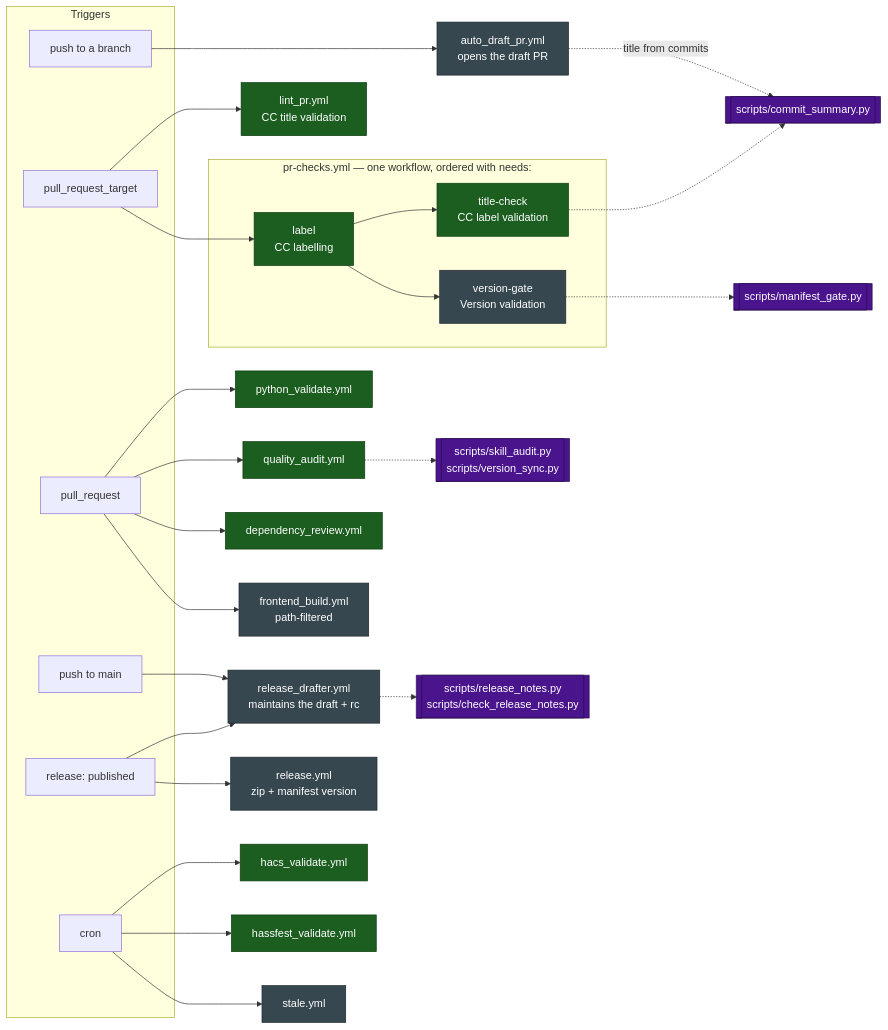
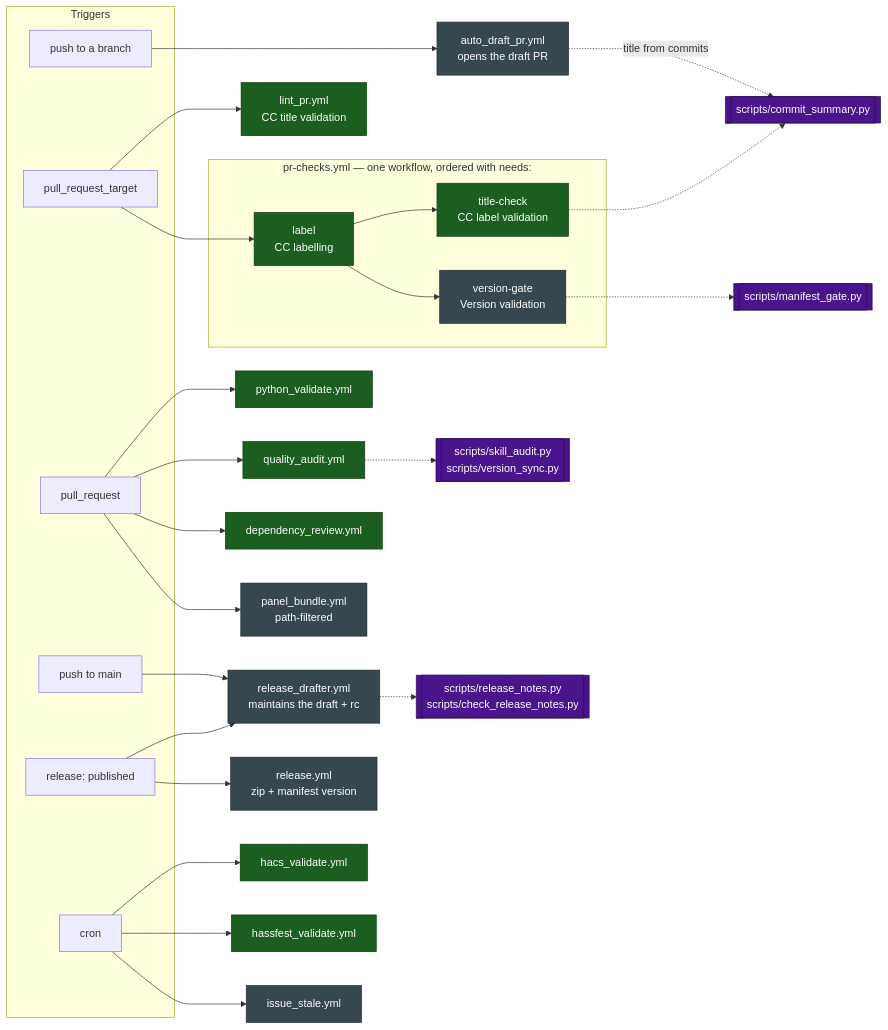
The first of 3 diagrams in docs/workflow-map.md (PineappleEmperor/ha-skills), drawn with Mermaid before and after one commit. The commit also changed other lines of this file and 11 other files, not shown here.

````diff
--- a/docs/workflow-map.md
+++ b/docs/workflow-map.md
@@ -56,46 +56,46 @@
 ```mermaid
 flowchart LR
   subgraph T[Triggers]
     P1[push to a branch]
     P2[pull_request_target]
     P3[pull_request]
     P4[push to main]
     P5[release: published]
     P6[cron]
   end
 
   P1 --> ADP[auto_draft_pr.yml<br/>opens the draft PR]
   ADP -.->|title from commits| CS[[scripts/commit_summary.py]]
 
   P2 --> LINT[lint_pr.yml<br/>CC title validation]
   P3 --> PY[python_validate.yml]
   P3 --> QA[quality_audit.yml]
   P3 --> DR[dependency_review.yml]
-  P3 --> FE[frontend_build.yml<br/>path-filtered]
+  P3 --> FE[panel_bundle.yml<br/>path-filtered]
 
   subgraph PRC[pr-checks.yml — one workflow, ordered with needs:]
     L[label<br/>CC labelling] --> TC[title-check<br/>CC label validation]
     L --> VG[version-gate<br/>Version validation]
   end
   P2 --> L
 
   TC -.-> CS
   VG -.-> MG[[scripts/manifest_gate.py]]
   QA -.-> SA[[scripts/skill_audit.py<br/>scripts/version_sync.py]]
 
   P4 --> RD[release_drafter.yml<br/>maintains the draft + rc]
   P5 --> RD
   P5 --> REL[release.yml<br/>zip + manifest version]
   RD -.-> RN[[scripts/release_notes.py<br/>scripts/check_release_notes.py]]
 
   P6 --> HACS[hacs_validate.yml]
   P6 --> HASS[hassfest_validate.yml]
-  P6 --> ST[stale.yml]
+  P6 --> ST[issue_stale.yml]
 
   classDef req fill:#1b5e20,stroke:#0d3b10,color:#fff
   classDef notreq fill:#37474f,stroke:#1c262b,color:#fff
   classDef script fill:#4a148c,stroke:#2a0b50,color:#fff
   class LINT,L,TC,PY,QA,DR,HACS,HASS req
   class VG,FE,ADP,RD,REL,ST notreq
   class CS,MG,SA,RN script
 ```
````
